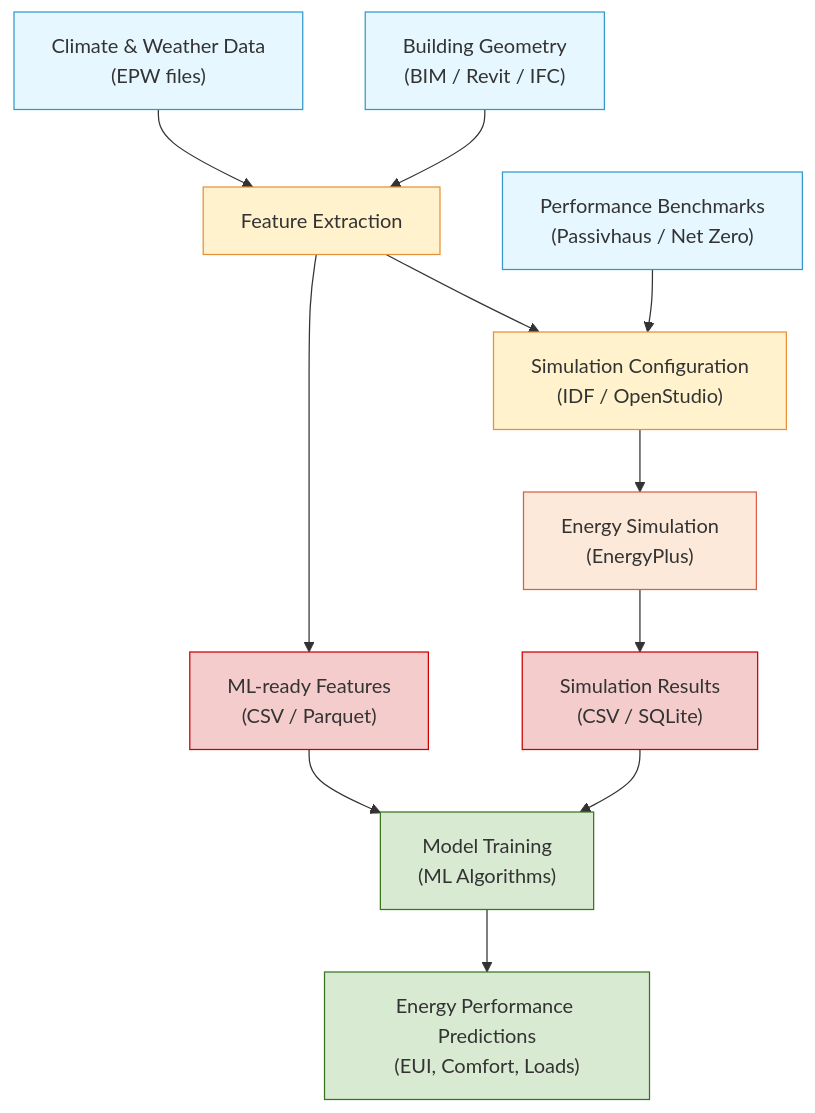
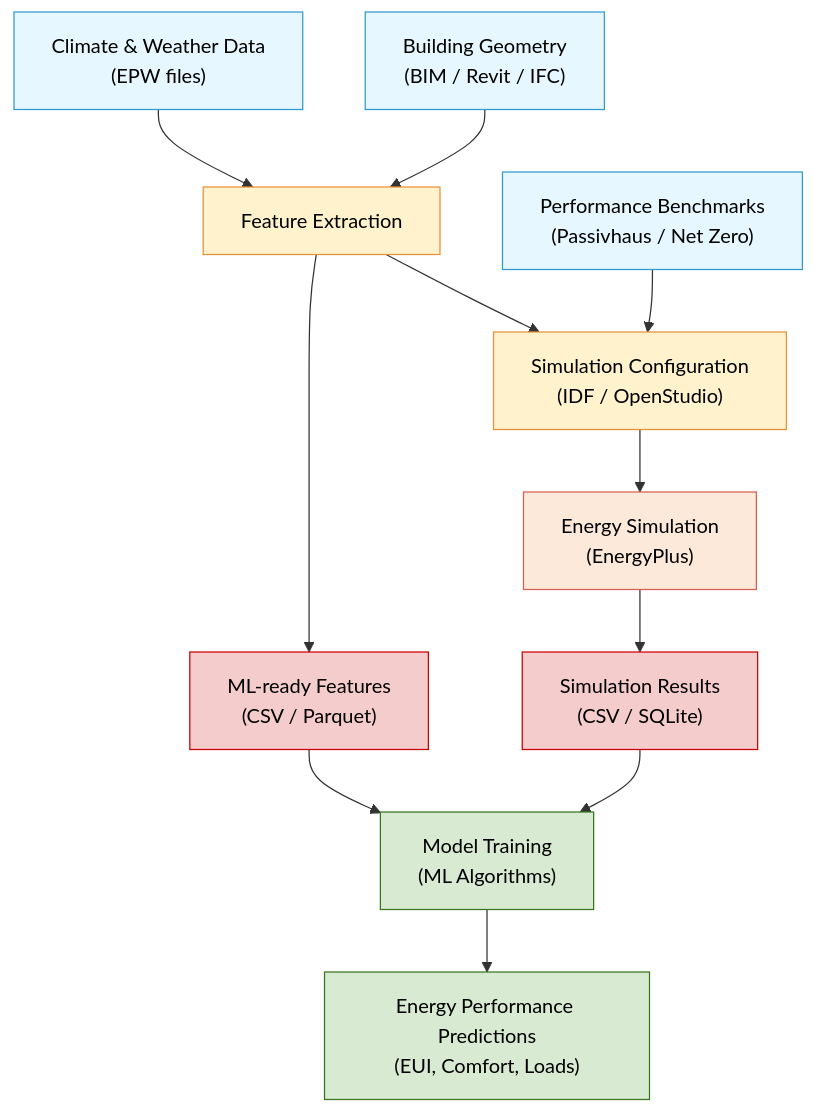
One commit to rossedward-arch/ml-generative-energy-design changed the first of 7 diagrams in docs/methodology.md. Above: the diagram before and after it, drawn with Mermaid. The commit also changed other lines of this file, not shown here.

Commit message:
Fix: mermaid flowcharts errors and better readability

````diff
--- a/docs/methodology.md
+++ b/docs/methodology.md
@@ -33,28 +33,28 @@
 ```mermaid
 flowchart TD
     A["Building Geometry\n(BIM / Revit / IFC)"] --> B["Feature Extraction"]
     B --> C["Simulation Configuration\n(IDF / OpenStudio)"]
     C --> D["Energy Simulation\n(EnergyPlus)"]
 
     E["Climate & Weather Data\n(EPW files)"] --> B
     F["Performance Benchmarks\n(Passivhaus / Net Zero)"] --> C
 
     D --> G["Simulation Results\n(CSV / SQLite)"]
     B --> H["ML-ready Features\n(CSV / Parquet)"]
 
     G --> I["Model Training\n(ML Algorithms)"]
     H --> I
 
     I --> J["Energy Performance Predictions\n(EUI, Comfort, Loads)"]
 
-    style A fill:#e6f7ff,stroke:#3399cc
-    style E fill:#e6f7ff,stroke:#3399cc
-    style F fill:#e6f7ff,stroke:#3399cc
-    style B fill:#fff2cc,stroke:#e69138
-    style C fill:#fff2cc,stroke:#e69138
-    style D fill:#fde9d9,stroke:#d6604d
-    style G fill:#f4cccc,stroke:#cc0000
-    style H fill:#f4cccc,stroke:#cc0000
-    style I fill:#d9ead3,stroke:#38761d
-    style J fill:#d9ead3,stroke:#38761d
+    style A fill:#e6f7ff,stroke:#3399cc,color:#000000
+    style E fill:#e6f7ff,stroke:#3399cc,color:#000000
+    style F fill:#e6f7ff,stroke:#3399cc,color:#000000
+    style B fill:#fff2cc,stroke:#e69138,color:#000000
+    style C fill:#fff2cc,stroke:#e69138,color:#000000
+    style D fill:#fde9d9,stroke:#d6604d,color:#000000
+    style G fill:#f4cccc,stroke:#cc0000,color:#000000
+    style H fill:#f4cccc,stroke:#cc0000,color:#000000
+    style I fill:#d9ead3,stroke:#38761d,color:#000000
+    style J fill:#d9ead3,stroke:#38761d,color:#000000
 ```
````
